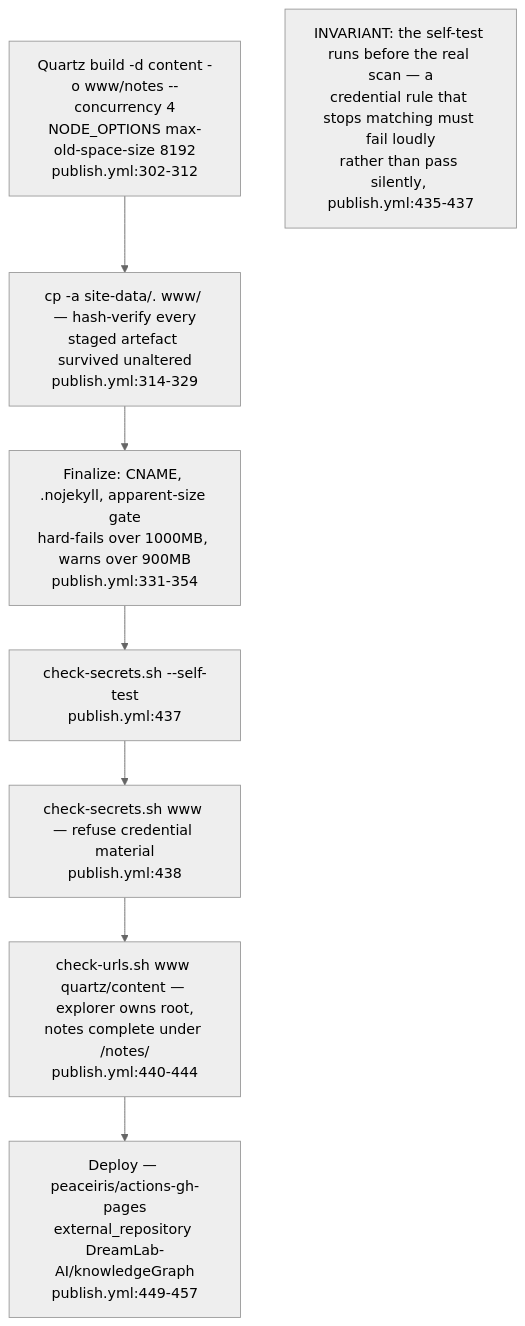
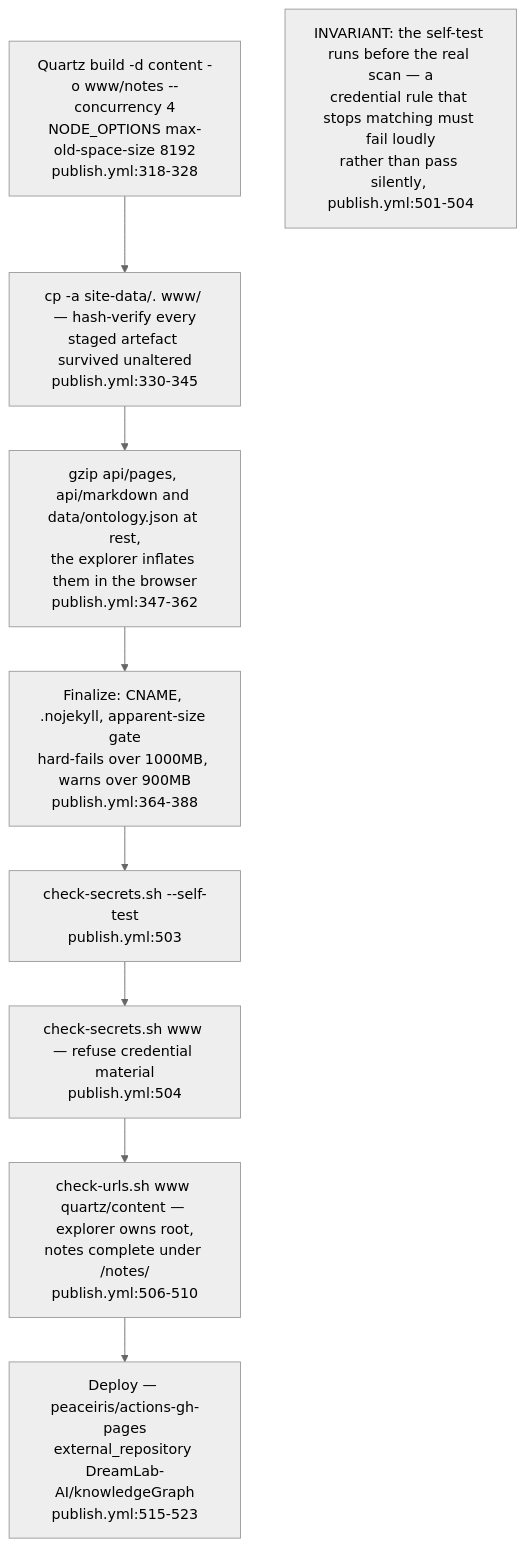
The fourth of 4 diagrams in docs/diagrams/visiongraph/03-publish-pipeline-and-explorer-build.md (DreamLab-AI/VisionFlow), drawn with Mermaid (neutral theme) before and after one commit. The commit also changed other lines of this file and 160 other files, not shown here.

````diff
--- a/docs/diagrams/visiongraph/03-publish-pipeline-and-explorer-build.md
+++ b/docs/diagrams/visiongraph/03-publish-pipeline-and-explorer-build.md
@@ -88,12 +103,13 @@
 ```mermaid
 flowchart TD
-    QBUILD["Quartz build -d content -o www/notes --concurrency 4<br/>NODE_OPTIONS max-old-space-size 8192<br/>publish.yml:302-312"]
-    PLACE["cp -a site-data/. www/ — hash-verify every<br/>staged artefact survived unaltered<br/>publish.yml:314-329"]
-    SIZE["Finalize: CNAME, .nojekyll, apparent-size gate<br/>hard-fails over 1000MB, warns over 900MB<br/>publish.yml:331-354"]
-    SECSELF["check-secrets.sh --self-test<br/>publish.yml:437"]
-    SEC["check-secrets.sh www — refuse credential material<br/>publish.yml:438"]
-    URLCHK["check-urls.sh www quartz/content — explorer owns root,<br/>notes complete under /notes/<br/>publish.yml:440-444"]
-    DEPLOY["Deploy — peaceiris/actions-gh-pages<br/>external_repository DreamLab-AI/knowledgeGraph<br/>publish.yml:449-457"]
-    QBUILD --> PLACE --> SIZE --> SECSELF --> SEC --> URLCHK --> DEPLOY
-    note1["INVARIANT: the self-test runs before the real scan — a<br/>credential rule that stops matching must fail loudly<br/>rather than pass silently, publish.yml:435-437"]
+    QBUILD["Quartz build -d content -o www/notes --concurrency 4<br/>NODE_OPTIONS max-old-space-size 8192<br/>publish.yml:318-328"]
+    PLACE["cp -a site-data/. www/ — hash-verify every<br/>staged artefact survived unaltered<br/>publish.yml:330-345"]
+    ZIP["gzip api/pages, api/markdown and data/ontology.json at rest,<br/>the explorer inflates them in the browser<br/>publish.yml:347-362"]
+    SIZE["Finalize: CNAME, .nojekyll, apparent-size gate<br/>hard-fails over 1000MB, warns over 900MB<br/>publish.yml:364-388"]
+    SECSELF["check-secrets.sh --self-test<br/>publish.yml:503"]
+    SEC["check-secrets.sh www — refuse credential material<br/>publish.yml:504"]
+    URLCHK["check-urls.sh www quartz/content — explorer owns root,<br/>notes complete under /notes/<br/>publish.yml:506-510"]
+    DEPLOY["Deploy — peaceiris/actions-gh-pages<br/>external_repository DreamLab-AI/knowledgeGraph<br/>publish.yml:515-523"]
+    QBUILD --> PLACE --> ZIP --> SIZE --> SECSELF --> SEC --> URLCHK --> DEPLOY
+    note1["INVARIANT: the self-test runs before the real scan — a<br/>credential rule that stops matching must fail loudly<br/>rather than pass silently, publish.yml:501-504"]
 ```
````
